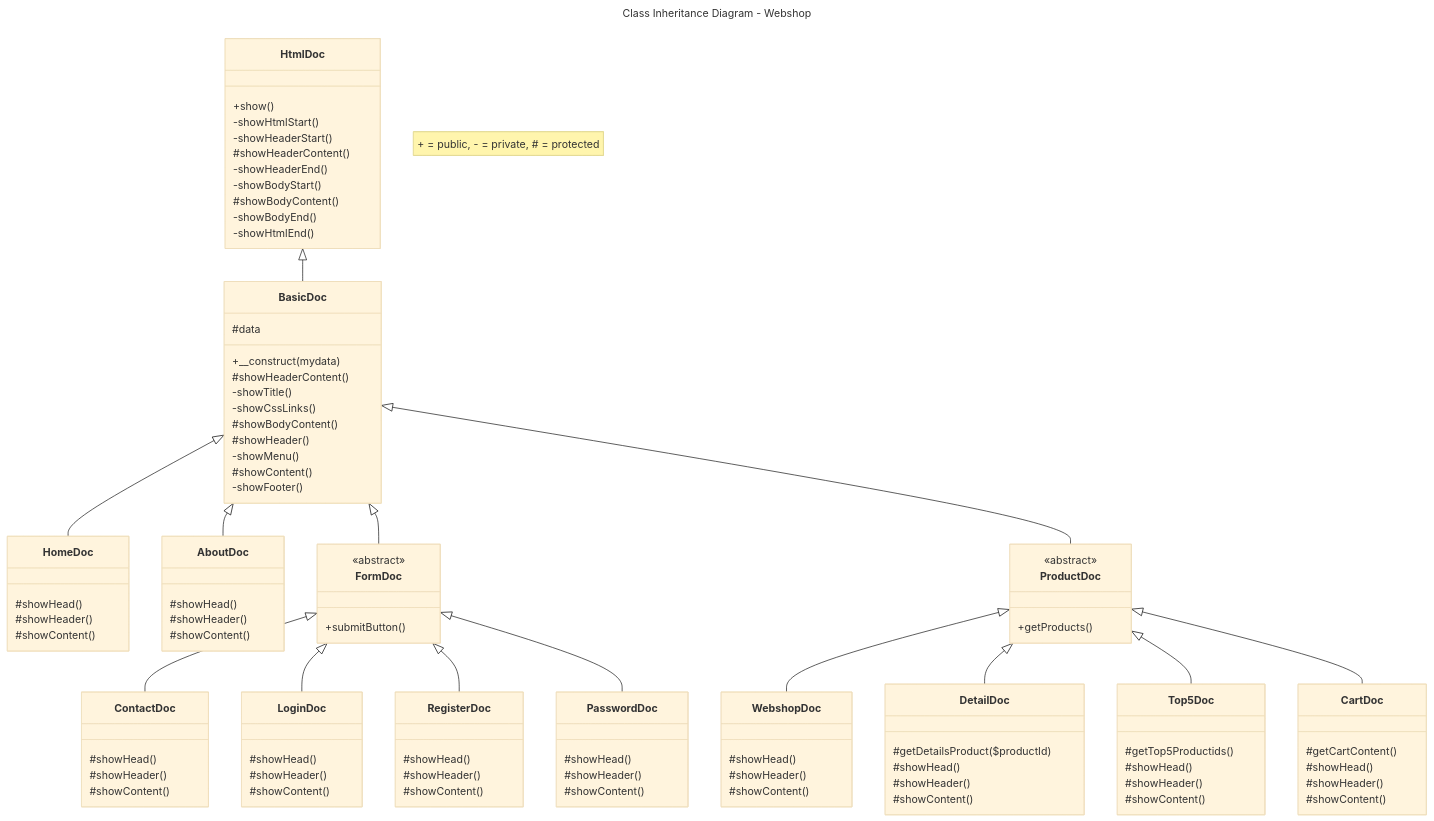
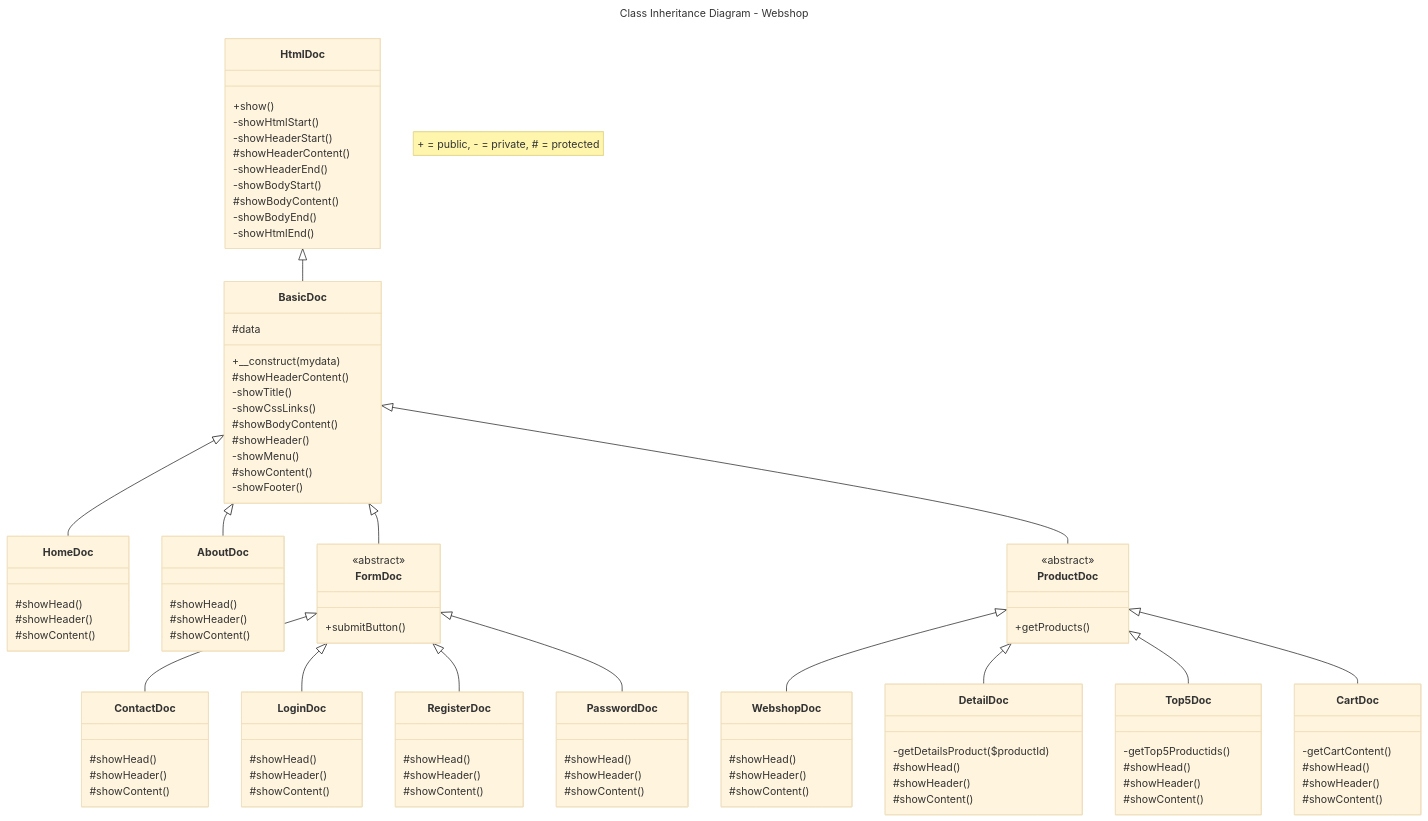
Before and after one commit to JeroenHeemskerk/educom-webshop-oop-1708595373: the diagram in Diagrams/class-inheritance-diagram-webshop.md, drawn with Mermaid (base theme).

```diff
--- a/Diagrams/class-inheritance-diagram-webshop.md
+++ b/Diagrams/class-inheritance-diagram-webshop.md
@@ -92,21 +92,21 @@
     }
 
     class Top5Doc{
-        #getTop5Productids()
+        -getTop5Productids()
         #showHead()
         #showHeader()
         #showContent()
     }
 
     class DetailDoc{
-        #getDetailsProduct($productId)
+        -getDetailsProduct($productId)
         #showHead()
         #showHeader()
         #showContent()
     }
 
     class CartDoc{
-        #getCartContent()
+        -getCartContent()
         #showHead()
         #showHeader()
         #showContent()
```
